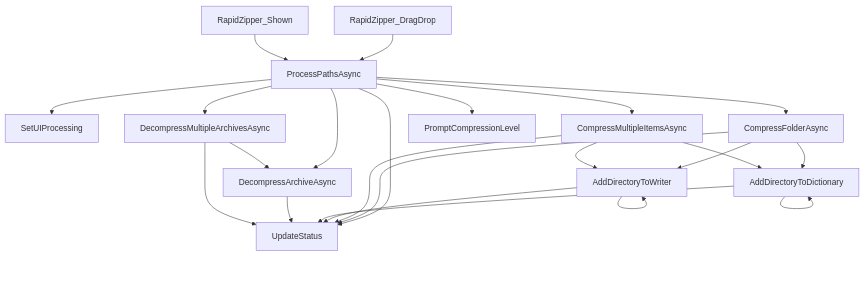
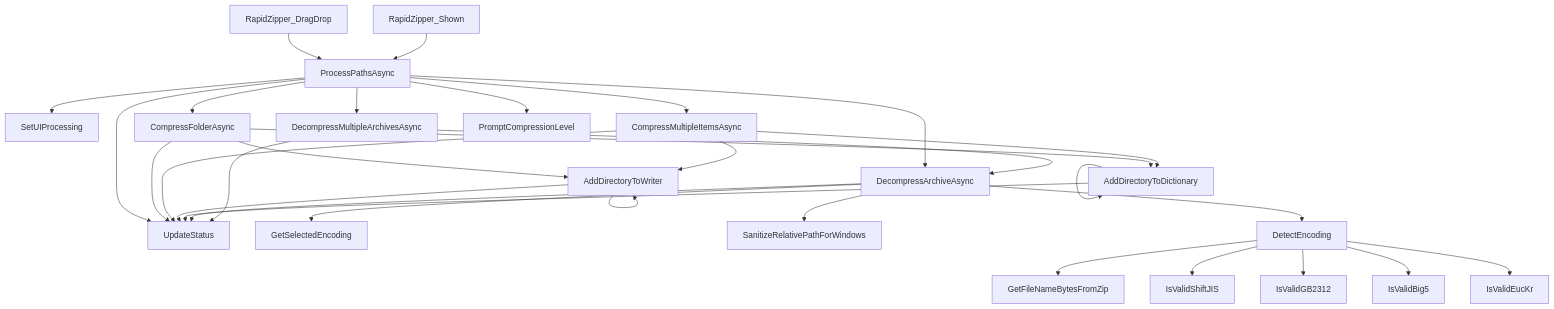
The diagram in docs/variables'n'functions/[C#]Form1.md (DovahkiinYuzuko/rapid-zipper), drawn with Mermaid before and after one commit. The commit also changed other lines of this file and 4 other files, not shown here.

````diff
--- a/docs/variables'n'functions/[C#]Form1.md
+++ b/docs/variables'n'functions/[C#]Form1.md
@@ -175,25 +192,33 @@
 ```mermaid
 graph TD
     RapidZipper_DragDrop --> ProcessPathsAsync
     RapidZipper_Shown --> ProcessPathsAsync
     ProcessPathsAsync --> SetUIProcessing
     ProcessPathsAsync --> CompressFolderAsync
     ProcessPathsAsync --> DecompressArchiveAsync
     ProcessPathsAsync --> DecompressMultipleArchivesAsync
     ProcessPathsAsync --> CompressMultipleItemsAsync
     ProcessPathsAsync --> UpdateStatus
     ProcessPathsAsync --> PromptCompressionLevel
     CompressFolderAsync --> AddDirectoryToWriter
     CompressFolderAsync --> AddDirectoryToDictionary
     CompressFolderAsync --> UpdateStatus
     CompressMultipleItemsAsync --> AddDirectoryToWriter
     CompressMultipleItemsAsync --> AddDirectoryToDictionary
     CompressMultipleItemsAsync --> UpdateStatus
     AddDirectoryToWriter --> UpdateStatus
     AddDirectoryToWriter --> AddDirectoryToWriter
     AddDirectoryToDictionary --> UpdateStatus
     AddDirectoryToDictionary --> AddDirectoryToDictionary
     DecompressArchiveAsync --> UpdateStatus
+    DecompressArchiveAsync --> GetSelectedEncoding
+    DecompressArchiveAsync --> DetectEncoding
+    DecompressArchiveAsync --> SanitizeRelativePathForWindows
+    DetectEncoding --> GetFileNameBytesFromZip
+    DetectEncoding --> IsValidShiftJIS
+    DetectEncoding --> IsValidGB2312
+    DetectEncoding --> IsValidBig5
+    DetectEncoding --> IsValidEucKr
     DecompressMultipleArchivesAsync --> DecompressArchiveAsync
     DecompressMultipleArchivesAsync --> UpdateStatus
 ```
````
